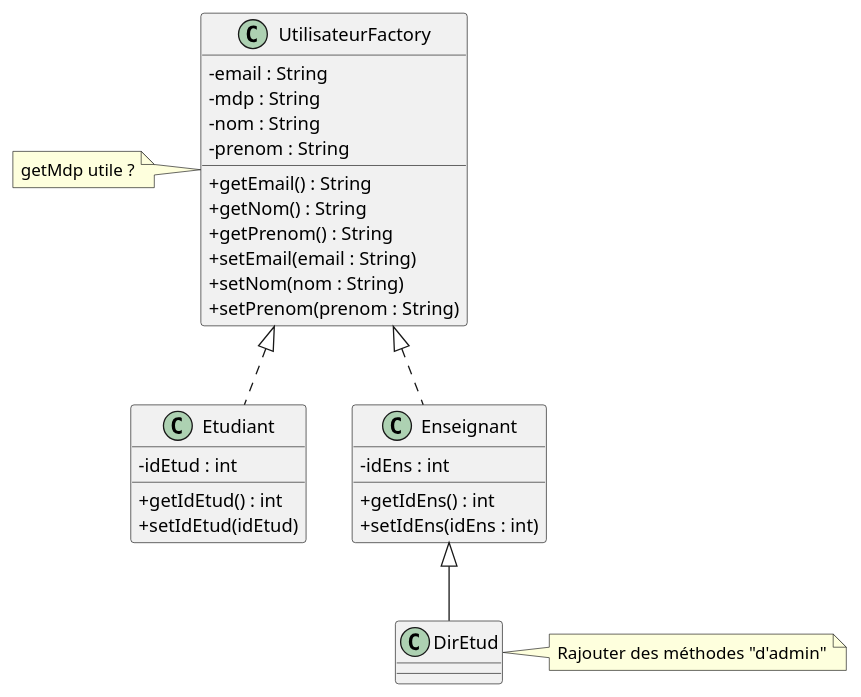
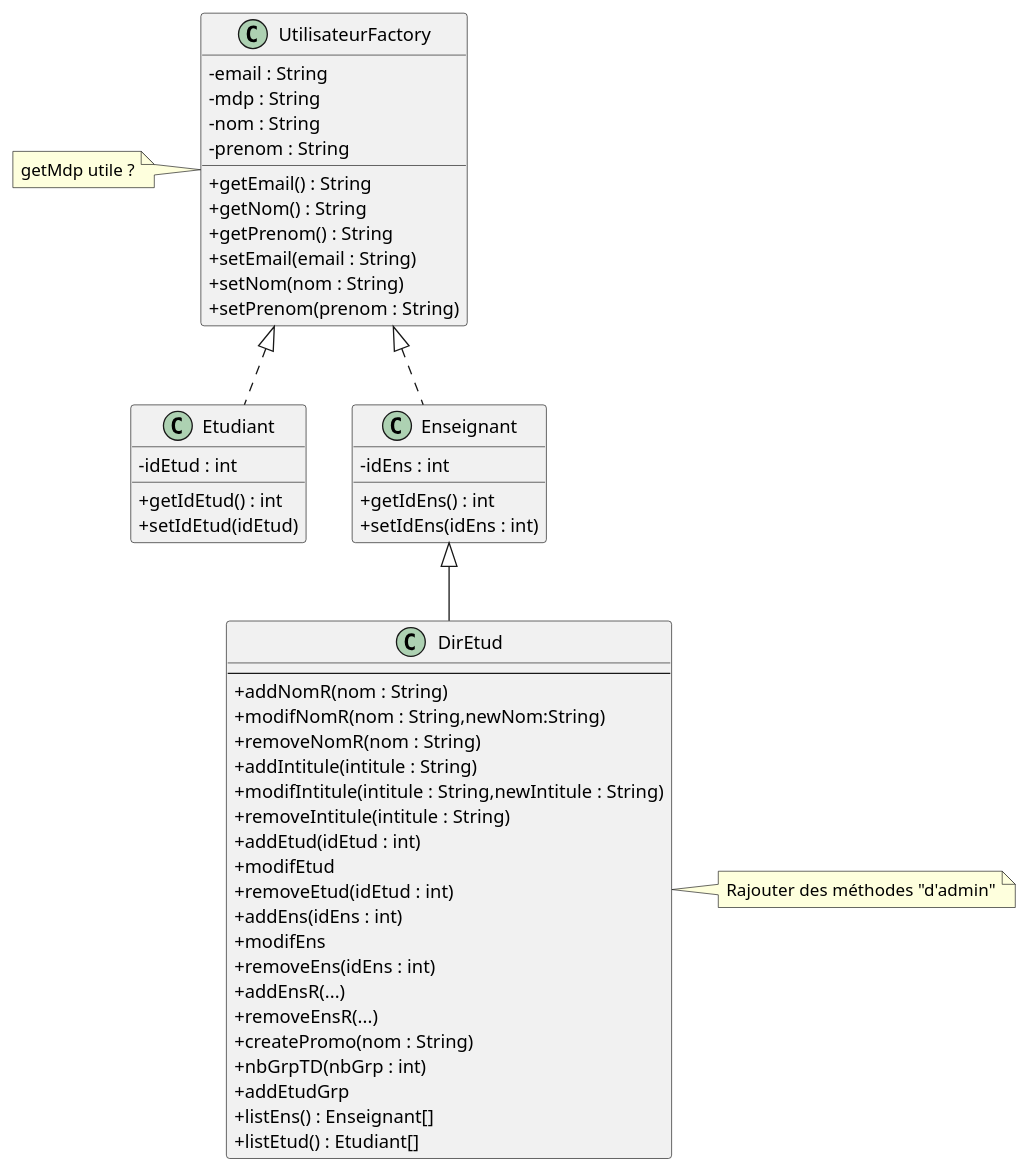
The diagram in diag_classe.md (Lohasta/Kallax), drawn with PlantUML before and after one commit.

Commit message:
Update file diag_classe.md

```diff
--- a/diag_classe.md
+++ b/diag_classe.md
@@ -4,46 +4,57 @@
 @startuml
 skinparam classAttributeIconSize 0
-
-
 class UtilisateurFactory{
 -email : String
 -mdp : String
 -nom : String
 -prenom : String
 +getEmail() : String
 +getNom() : String
 +getPrenom() : String
 +setEmail(email : String)
 +setNom(nom : String)
 +setPrenom(prenom : String)
 }
 note left of UtilisateurFactory{
 getMdp utile ?
 }
-
-
 class Etudiant{
 -idEtud : int
 +getIdEtud() : int
 +setIdEtud(idEtud)
 }
-
-
 class Enseignant{
 -idEns : int
 +getIdEns() : int
 +setIdEns(idEns : int)
 }
-
-
 class DirEtud{
+--
++addNomR(nom : String)
++modifNomR(nom : String,newNom:String)
++removeNomR(nom : String)
++addIntitule(intitule : String)
++modifIntitule(intitule : String,newIntitule : String)
++removeIntitule(intitule : String)
++addEtud(idEtud : int)
++modifEtud
++removeEtud(idEtud : int)
++addEns(idEns : int)
++modifEns
++removeEns(idEns : int)
++addEnsR(...)
++removeEnsR(...)
++createPromo(nom : String)
++nbGrpTD(nbGrp : int)
++addEtudGrp
++listEns() : Enseignant[]
++listEtud() : Etudiant[]
 }
 note right of DirEtud{
 Rajouter des méthodes "d'admin"
 }
 
-
 UtilisateurFactory <|.. Etudiant
 UtilisateurFactory <|.. Enseignant
 Enseignant <|-- DirEtud
 @enduml
```
